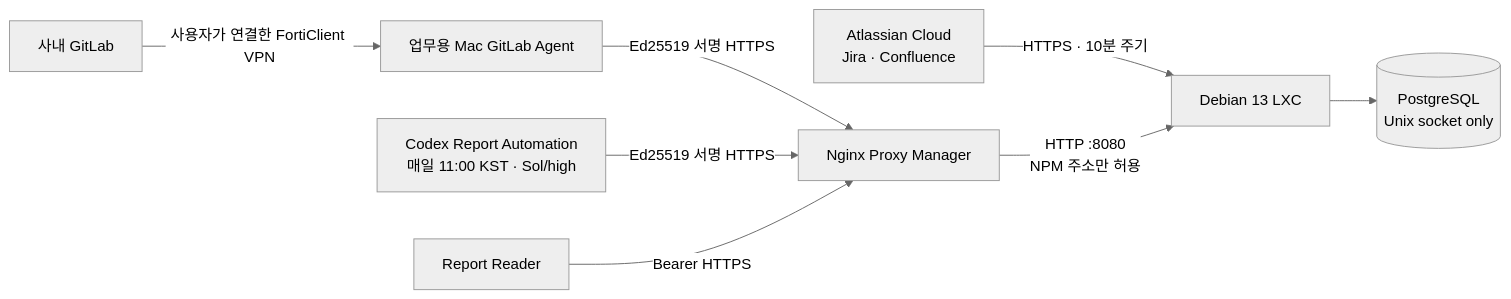
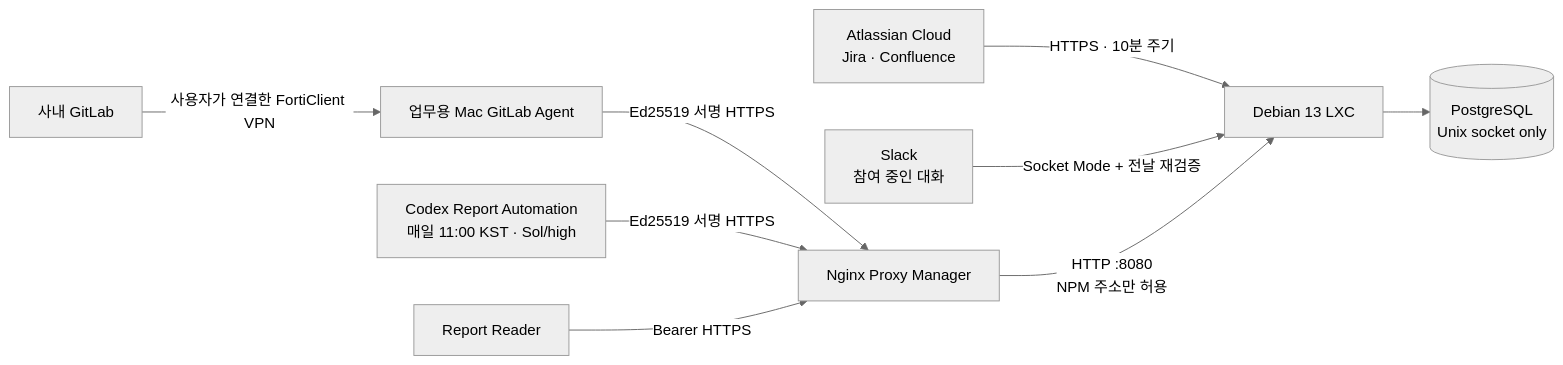
Before and after one commit to ParkWonYeop/work-history: the diagram in README.md, drawn with Mermaid (neutral theme). The commit also changed other lines of this file and 23 other files, not shown here.

````diff
--- a/README.md
+++ b/README.md
@@ -15,10 +15,11 @@
 ```mermaid
 flowchart LR
     A["Atlassian Cloud<br/>Jira · Confluence"] -->|"HTTPS · 10분 주기"| L["Debian 13 LXC"]
+    S["Slack<br/>참여 중인 대화"] -->|"Socket Mode + 전날 재검증"| L
     G["사내 GitLab"] -->|"사용자가 연결한 FortiClient VPN"| M["업무용 Mac GitLab Agent"]
     M -->|"Ed25519 서명 HTTPS"| N["Nginx Proxy Manager"]
     N -->|"HTTP :8080<br/>NPM 주소만 허용"| L
     L --> P[("PostgreSQL<br/>Unix socket only")]
     C["Codex Report Automation<br/>매일 11:00 KST · Sol/high"] -->|"Ed25519 서명 HTTPS"| N
     R["Report Reader"] -->|"Bearer HTTPS"| N
 ```
````
